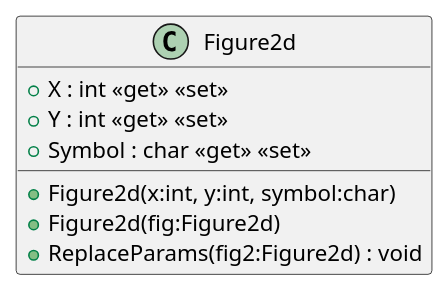
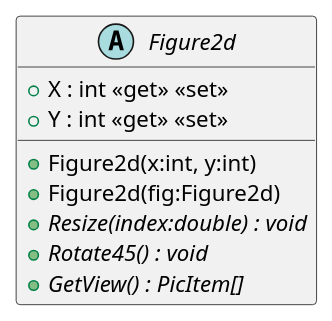
Before and after one commit to 19vano97/levelUpOOP: the diagram in plantuml/20240701_HW_Inheritence/Figure2d.puml, drawn with PlantUML. The commit also changed 32 other files, not shown here.

```diff
--- a/plantuml/20240701_HW_Inheritence/Figure2d.puml
+++ b/plantuml/20240701_HW_Inheritence/Figure2d.puml
@@ -1,10 +1,11 @@
 @startuml
-class Figure2d {
-    + Figure2d(x:int, y:int, symbol:char)
+abstract class Figure2d {
+    + Figure2d(x:int, y:int)
     + Figure2d(fig:Figure2d)
     + X : int <<get>> <<set>>
     + Y : int <<get>> <<set>>
-    + Symbol : char <<get>> <<set>>
-    + ReplaceParams(fig2:Figure2d) : void
+    + {abstract} Resize(index:double) : void
+    + {abstract} Rotate45() : void
+    + {abstract} GetView() : PicItem[]
 }
 @enduml
```
